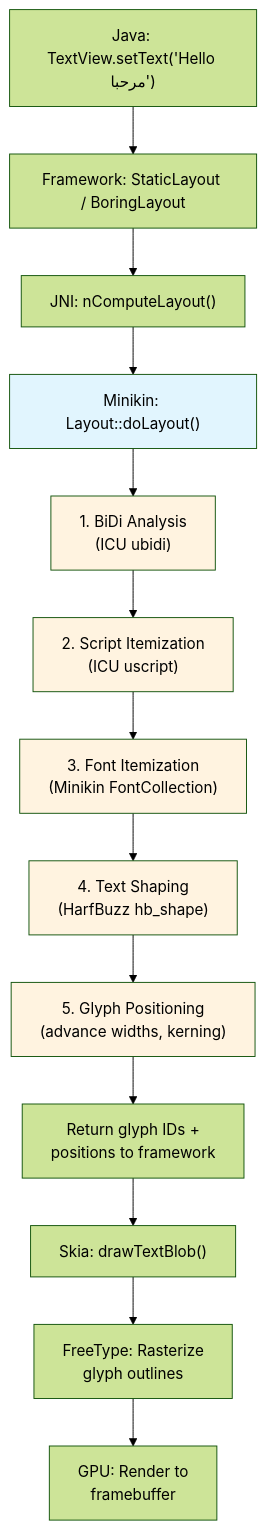
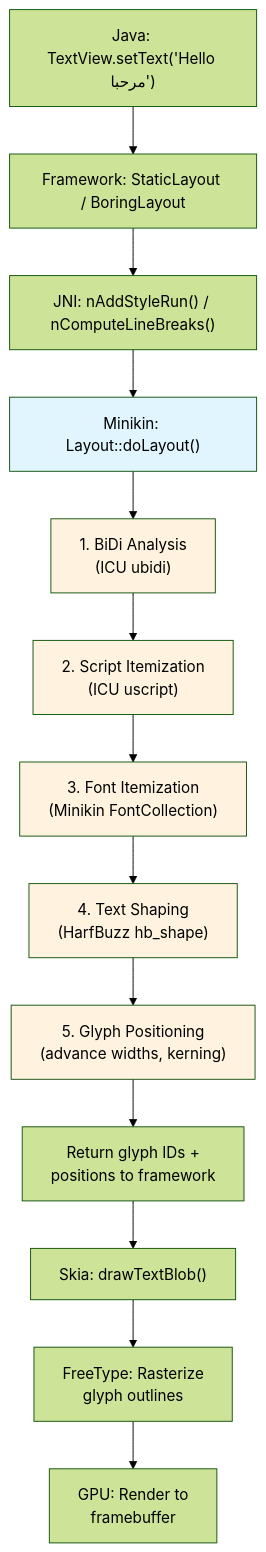
The tenth of 18 diagrams in 47-internationalization.md (aospbooks/aosp-internal-book), drawn with Mermaid (forest theme) before and after one commit. The commit also changed other lines of this file and 218 other files, not shown here.

````diff
--- a/47-internationalization.md
+++ b/47-internationalization.md
@@ -983,24 +983,24 @@
 ```mermaid
 flowchart TD
     A["Java: TextView.setText('Hello مرحبا')"] --> B["Framework: StaticLayout / BoringLayout"]
-    B --> C["JNI: nComputeLayout()"]
+    B --> C["JNI: nAddStyleRun() / nComputeLineBreaks()"]
     C --> D["Minikin: Layout::doLayout()"]
 
     D --> D1["1. BiDi Analysis<br/>(ICU ubidi)"]
     D1 --> D2["2. Script Itemization<br/>(ICU uscript)"]
     D2 --> D3["3. Font Itemization<br/>(Minikin FontCollection)"]
     D3 --> D4["4. Text Shaping<br/>(HarfBuzz hb_shape)"]
     D4 --> D5["5. Glyph Positioning<br/>(advance widths, kerning)"]
 
     D5 --> E["Return glyph IDs +<br/>positions to framework"]
     E --> F["Skia: drawTextBlob()"]
     F --> G["FreeType: Rasterize<br/>glyph outlines"]
     G --> H["GPU: Render to<br/>framebuffer"]
 
     style D fill:#e1f5fe
     style D1 fill:#fff3e0
     style D2 fill:#fff3e0
     style D3 fill:#fff3e0
     style D4 fill:#fff3e0
     style D5 fill:#fff3e0
 ```
````
